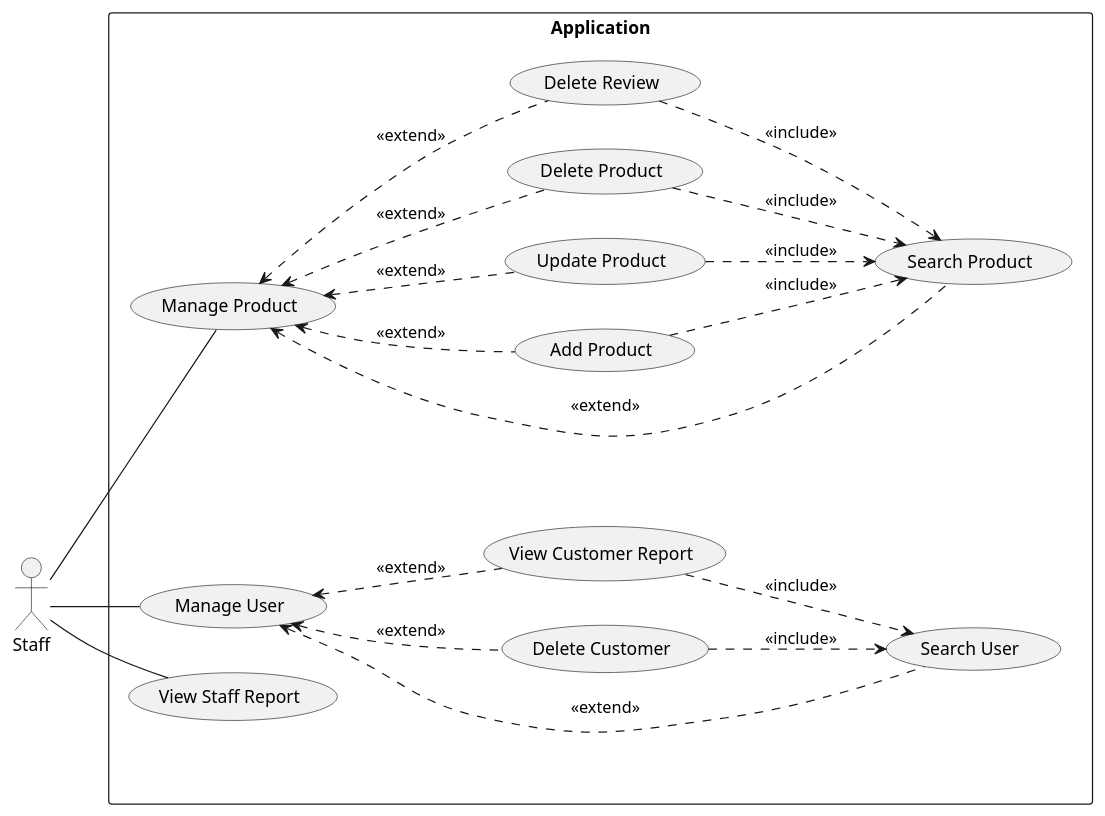
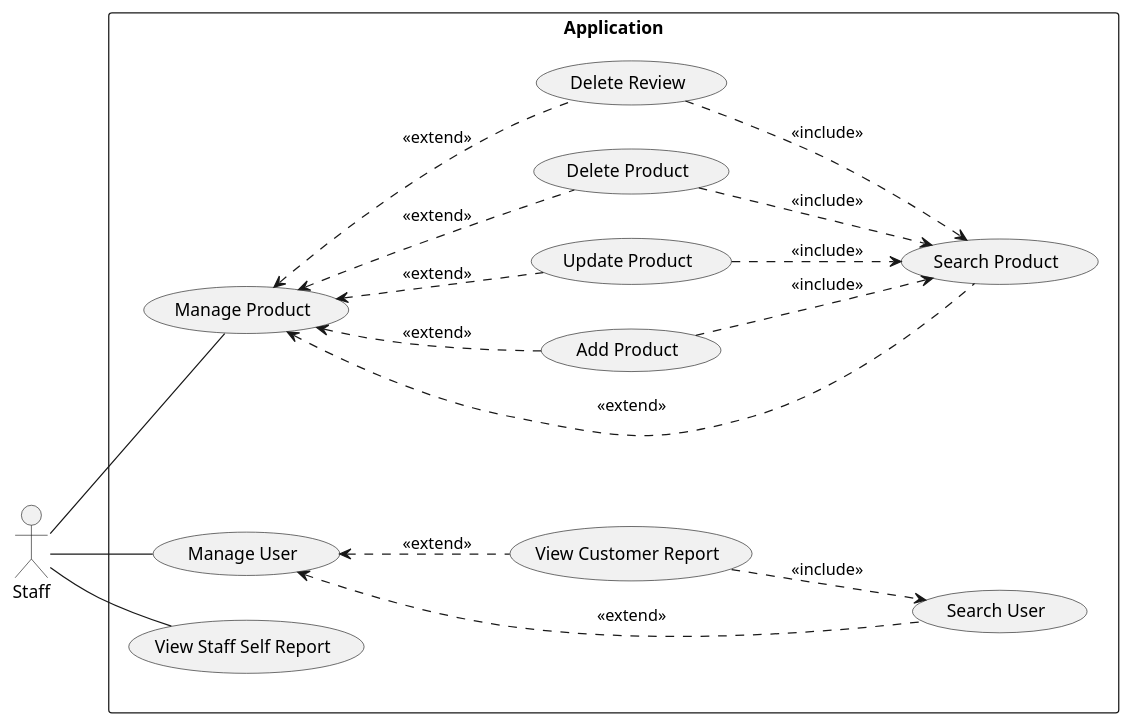
One commit to electricilies/electricilies.github.io changed the diagram in docs/docs/use-case/staff.md. Above: the diagram before and after it, drawn with PlantUML. The commit also changed 9 other files, not shown here.

Commit message:
refactor: merge delete-staff delete-customer into delete-user, and some changes

````diff
--- a/docs/docs/use-case/staff.md
+++ b/docs/docs/use-case/staff.md
@@ -3,40 +3,37 @@
 ```plantuml
 @startuml
 left to right direction
 actor Staff
 
 rectangle "Application" {
   usecase UC01 as "Manage Product"
   usecase UC02 as "Search Product"
   usecase UC03 as "Add Product"
   usecase UC04 as "Update Product"
   usecase UC05 as "Delete Product"
   usecase UC06 as "Delete Review"
   usecase UC07 as "Manage User"
   usecase UC08 as "Search User"
-  usecase UC09 as "Delete Customer"
-  usecase UC10 as "View Customer Report"
-  usecase UC11 as "View Staff Report"
+  usecase UC09 as "View Customer Report"
+  usecase UC10 as "View Staff Self Report"
 }
 
 Staff -- UC01
 Staff -- UC07
-Staff -- UC11
+Staff -- UC10
 
 UC01 <.. UC02 : <<extend>>
 UC01 <.. UC03 : <<extend>>
 UC01 <.. UC04 : <<extend>>
 UC01 <.. UC05 : <<extend>>
 UC01 <.. UC06 : <<extend>>
 UC03 ..> UC02 : <<include>>
 UC04 ..> UC02 : <<include>>
 UC05 ..> UC02 : <<include>>
 UC06 ..> UC02 : <<include>>
 UC07 <.. UC08 : <<extend>>
 UC07 <.. UC09 : <<extend>>
-UC07 <.. UC10 : <<extend>>
 UC09 ..> UC08 : <<include>>
-UC10 ..> UC08 : <<include>>
 
 @enduml
 ```
````
